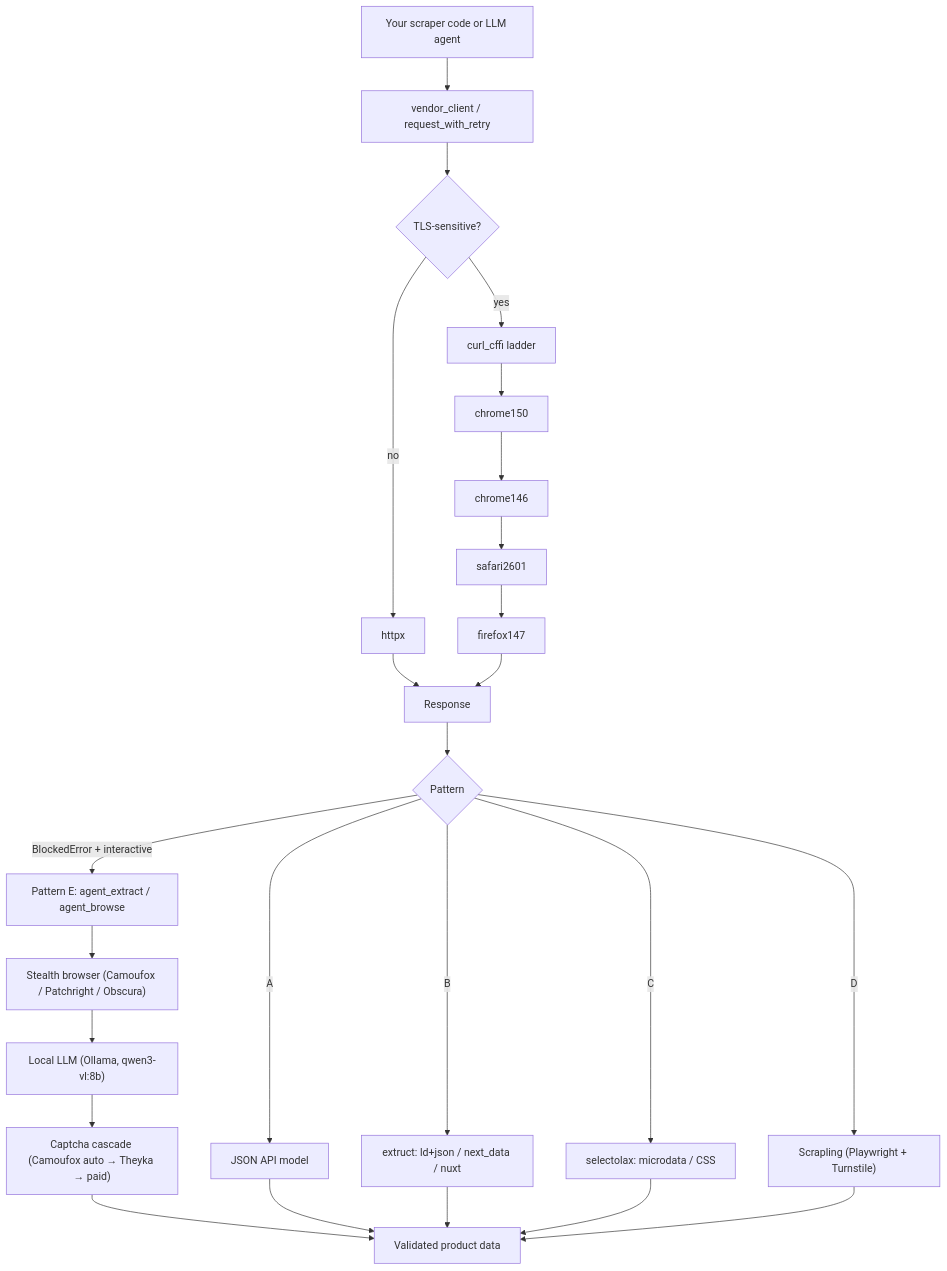
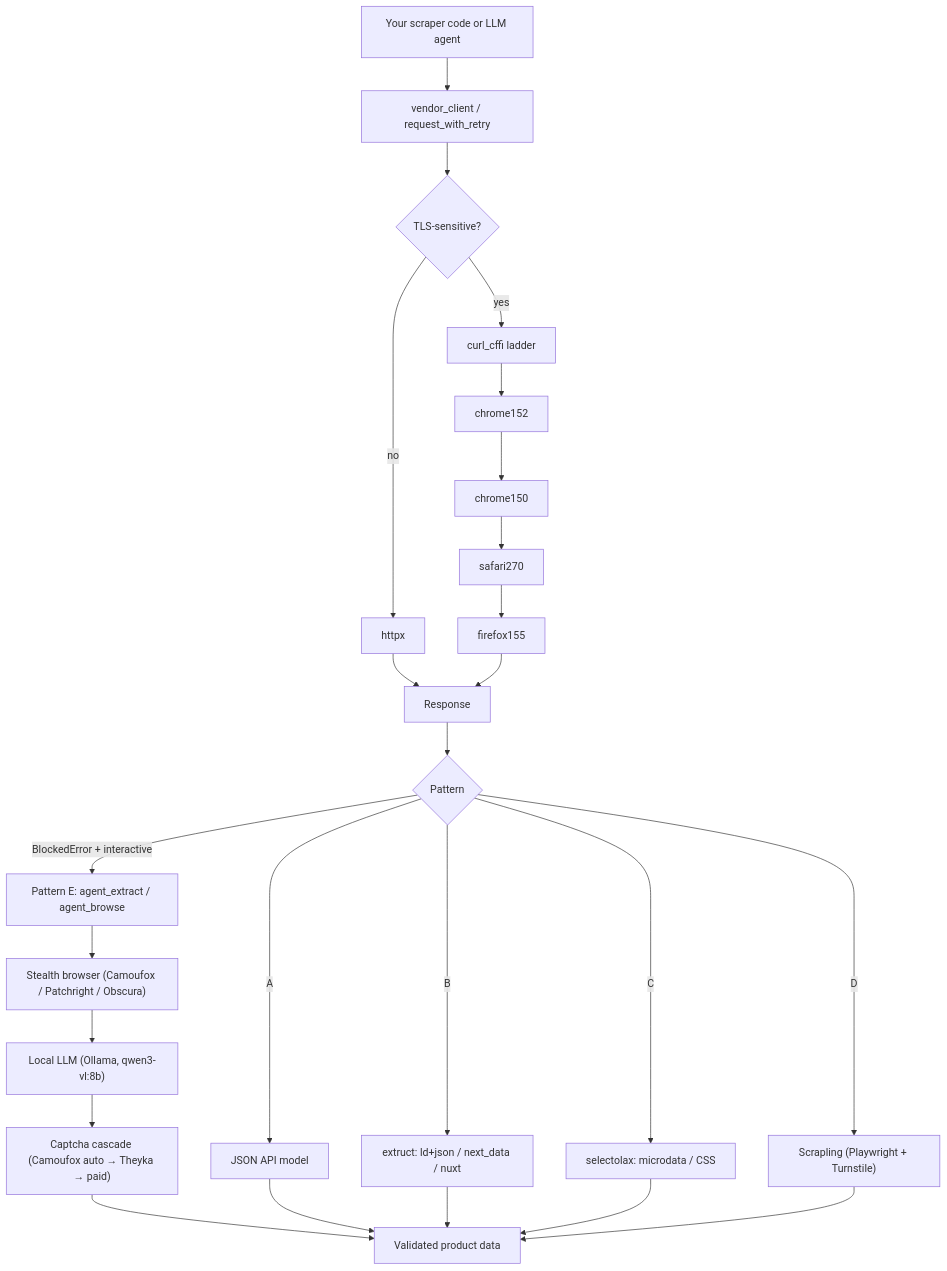
Before and after one commit to ValeroK/scrapper-tool: the diagram in README.md, drawn with Mermaid. The commit also changed other lines of this file and 10 other files, not shown here.

````diff
--- a/README.md
+++ b/README.md
@@ -223,24 +223,24 @@
 ```mermaid
 flowchart TD
     A[Your scraper code or LLM agent] --> B[vendor_client / request_with_retry]
     B --> C{TLS-sensitive?}
     C -- no --> D[httpx]
     C -- yes --> E[curl_cffi ladder]
-    E --> E1[chrome150] --> E2[chrome146] --> E3[safari2601] --> E4[firefox147]
+    E --> E1[chrome152] --> E2[chrome150] --> E3[safari270] --> E4[firefox155]
     D --> F[Response]
     E4 --> F
     F --> G{Pattern}
     G -- A --> H[JSON API model]
     G -- B --> I[extruct: ld+json / next_data / nuxt]
     G -- C --> J[selectolax: microdata / CSS]
     G -- D --> K["Scrapling (Playwright + Turnstile)"]
     G -- "BlockedError + interactive" --> M["Pattern E: agent_extract / agent_browse"]
     M --> M1["Stealth browser (Camoufox / Patchright / Obscura)"]
     M1 --> M2["Local LLM (Ollama, qwen3-vl:8b)"]
     M2 --> M3["Captcha cascade (Camoufox auto → Theyka → paid)"]
     M3 --> L[Validated product data]
     H --> L
     I --> L
     J --> L
     K --> L
 ```
````
